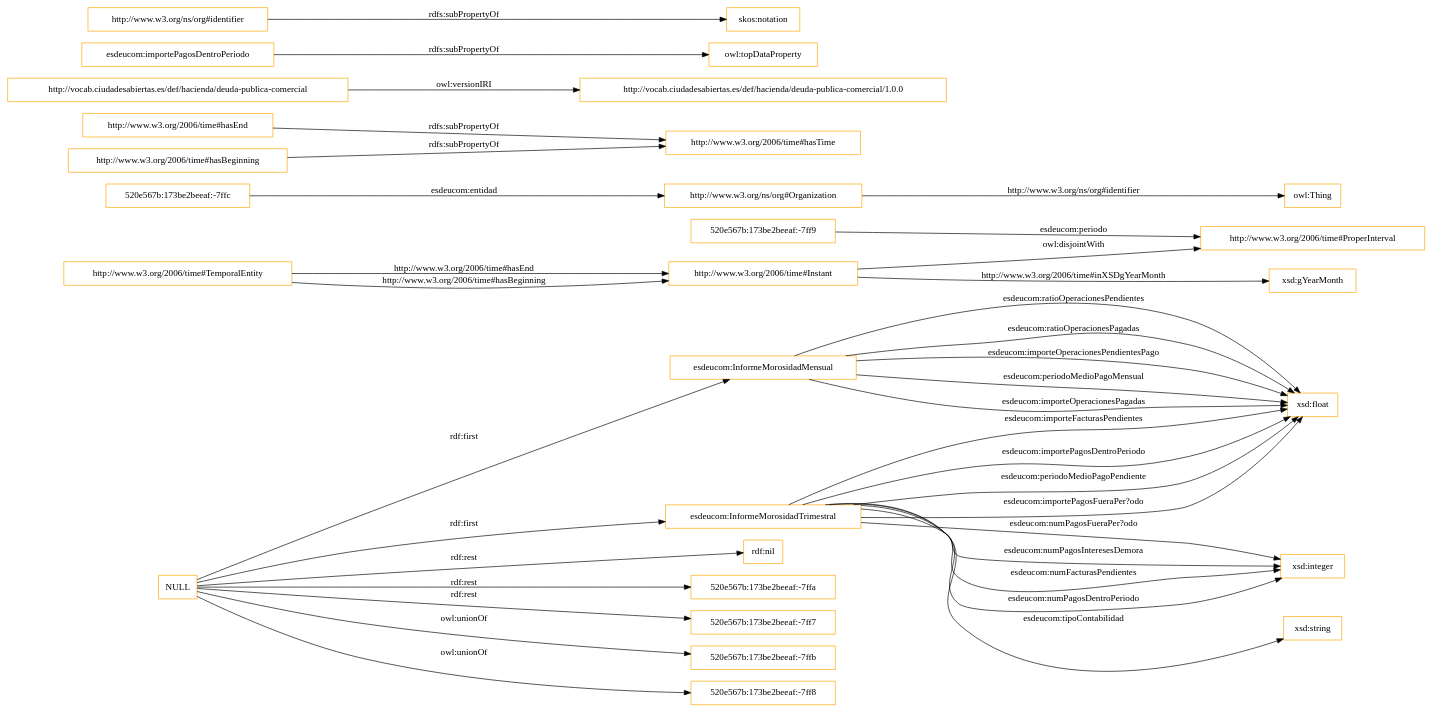
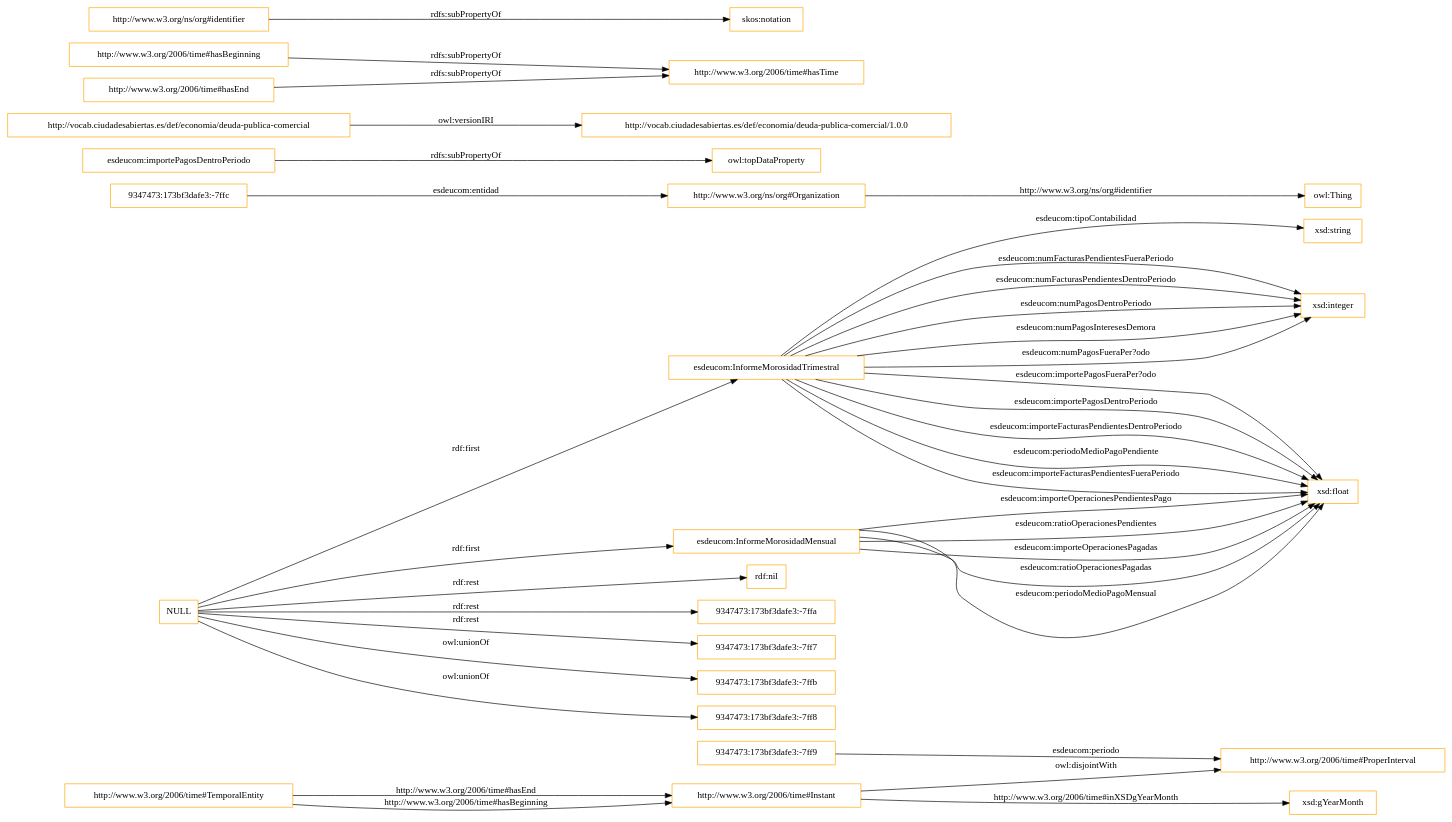
One commit to leticiarubalcabadg/vocab-economia-deuda-comercial changed the diagram in OnToology/ontology/deudaPublicaComercial.owl/diagrams/ar2dtool-class/deudaPublicaComercial.owl.png.dot. Above: the diagram before and after it, drawn with Graphviz. The commit also changed 11 other files, not shown here.

```diff
--- a/OnToology/ontology/deudaPublicaComercial.owl/diagrams/ar2dtool-class/deudaPublicaComercial.owl.png.dot
+++ b/OnToology/ontology/deudaPublicaComercial.owl/diagrams/ar2dtool-class/deudaPublicaComercial.owl.png.dot
@@ -1,39 +1,41 @@
 digraph ar2dtool_diagram { 
 rankdir=LR;
 size="1501"
-node [shape = rectangle, color="orange"]; "esdeucom:InformeMorosidadMensual" "esdeucom:InformeMorosidadTrimestral" "520e567b:173be2beeaf:-7ff9" "http://www.w3.org/2006/time#ProperInterval" "520e567b:173be2beeaf:-7ffc" "http://www.w3.org/2006/time#TemporalEntity" "http://www.w3.org/ns/org#Organization" "http://www.w3.org/2006/time#Instant" ; /*classes style*/
-	"http://www.w3.org/2006/time#hasEnd" -> "http://www.w3.org/2006/time#hasTime" [ label = "rdfs:subPropertyOf" ];
-	"http://vocab.ciudadesabiertas.es/def/hacienda/deuda-publica-comercial" -> "http://vocab.ciudadesabiertas.es/def/hacienda/deuda-publica-comercial/1.0.0" [ label = "owl:versionIRI" ];
+node [shape = rectangle, color="orange"]; "9347473:173bf3dafe3:-7ff9" "esdeucom:InformeMorosidadTrimestral" "http://www.w3.org/2006/time#ProperInterval" "9347473:173bf3dafe3:-7ffc" "http://www.w3.org/2006/time#TemporalEntity" "esdeucom:InformeMorosidadMensual" "http://www.w3.org/ns/org#Organization" "http://www.w3.org/2006/time#Instant" ; /*classes style*/
+	"NULL" -> "rdf:nil" [ label = "rdf:rest" ];
+	"NULL" -> "esdeucom:InformeMorosidadTrimestral" [ label = "rdf:first" ];
+	"NULL" -> "9347473:173bf3dafe3:-7ffa" [ label = "rdf:rest" ];
+	"NULL" -> "9347473:173bf3dafe3:-7ff7" [ label = "rdf:rest" ];
+	"NULL" -> "esdeucom:InformeMorosidadMensual" [ label = "rdf:first" ];
+	"NULL" -> "9347473:173bf3dafe3:-7ffb" [ label = "owl:unionOf" ];
+	"NULL" -> "9347473:173bf3dafe3:-7ff8" [ label = "owl:unionOf" ];
+	"esdeucom:importePagosDentroPeriodo" -> "owl:topDataProperty" [ label = "rdfs:subPropertyOf" ];
+	"http://vocab.ciudadesabiertas.es/def/economia/deuda-publica-comercial" -> "http://vocab.ciudadesabiertas.es/def/economia/deuda-publica-comercial/1.0.0" [ label = "owl:versionIRI" ];
 	"http://www.w3.org/2006/time#Instant" -> "http://www.w3.org/2006/time#ProperInterval" [ label = "owl:disjointWith" ];
-	"esdeucom:importePagosDentroPeriodo" -> "owl:topDataProperty" [ label = "rdfs:subPropertyOf" ];
 	"http://www.w3.org/2006/time#hasBeginning" -> "http://www.w3.org/2006/time#hasTime" [ label = "rdfs:subPropertyOf" ];
 	"http://www.w3.org/ns/org#identifier" -> "skos:notation" [ label = "rdfs:subPropertyOf" ];
-	"NULL" -> "rdf:nil" [ label = "rdf:rest" ];
-	"NULL" -> "esdeucom:InformeMorosidadTrimestral" [ label = "rdf:first" ];
-	"NULL" -> "520e567b:173be2beeaf:-7ffa" [ label = "rdf:rest" ];
-	"NULL" -> "520e567b:173be2beeaf:-7ff7" [ label = "rdf:rest" ];
-	"NULL" -> "esdeucom:InformeMorosidadMensual" [ label = "rdf:first" ];
-	"NULL" -> "520e567b:173be2beeaf:-7ffb" [ label = "owl:unionOf" ];
-	"NULL" -> "520e567b:173be2beeaf:-7ff8" [ label = "owl:unionOf" ];
+	"http://www.w3.org/2006/time#hasEnd" -> "http://www.w3.org/2006/time#hasTime" [ label = "rdfs:subPropertyOf" ];
+	"esdeucom:InformeMorosidadTrimestral" -> "xsd:integer" [ label = "esdeucom:numFacturasPendientesFueraPeriodo" ];
+	"http://www.w3.org/2006/time#TemporalEntity" -> "http://www.w3.org/2006/time#Instant" [ label = "http://www.w3.org/2006/time#hasEnd" ];
 	"esdeucom:InformeMorosidadMensual" -> "xsd:float" [ label = "esdeucom:ratioOperacionesPendientes" ];
+	"esdeucom:InformeMorosidadMensual" -> "xsd:float" [ label = "esdeucom:importeOperacionesPagadas" ];
+	"esdeucom:InformeMorosidadTrimestral" -> "xsd:integer" [ label = "esdeucom:numFacturasPendientesDentroPeriodo" ];
+	"esdeucom:InformeMorosidadTrimestral" -> "xsd:integer" [ label = "esdeucom:numPagosDentroPeriodo" ];
+	"esdeucom:InformeMorosidadTrimestral" -> "xsd:float" [ label = "esdeucom:importeFacturasPendientesFueraPeriodo" ];
+	"esdeucom:InformeMorosidadMensual" -> "xsd:float" [ label = "esdeucom:ratioOperacionesPagadas" ];
+	"esdeucom:InformeMorosidadMensual" -> "xsd:float" [ label = "esdeucom:periodoMedioPagoMensual" ];
+	"9347473:173bf3dafe3:-7ffc" -> "http://www.w3.org/ns/org#Organization" [ label = "esdeucom:entidad" ];
+	"http://www.w3.org/2006/time#TemporalEntity" -> "http://www.w3.org/2006/time#Instant" [ label = "http://www.w3.org/2006/time#hasBeginning" ];
+	"9347473:173bf3dafe3:-7ff9" -> "http://www.w3.org/2006/time#ProperInterval" [ label = "esdeucom:periodo" ];
+	"esdeucom:InformeMorosidadTrimestral" -> "xsd:string" [ label = "esdeucom:tipoContabilidad" ];
+	"http://www.w3.org/ns/org#Organization" -> "owl:Thing" [ label = "http://www.w3.org/ns/org#identifier" ];
+	"esdeucom:InformeMorosidadTrimestral" -> "xsd:integer" [ label = "esdeucom:numPagosInteresesDemora" ];
+	"http://www.w3.org/2006/time#Instant" -> "xsd:gYearMonth" [ label = "http://www.w3.org/2006/time#inXSDgYearMonth" ];
+	"esdeucom:InformeMorosidadMensual" -> "xsd:float" [ label = "esdeucom:importeOperacionesPendientesPago" ];
 	"esdeucom:InformeMorosidadTrimestral" -> "xsd:integer" [ label = "esdeucom:numPagosFueraPer?odo" ];
-	"http://www.w3.org/2006/time#TemporalEntity" -> "http://www.w3.org/2006/time#Instant" [ label = "http://www.w3.org/2006/time#hasEnd" ];
-	"esdeucom:InformeMorosidadTrimestral" -> "xsd:float" [ label = "esdeucom:importeFacturasPendientes" ];
-	"esdeucom:InformeMorosidadTrimestral" -> "xsd:string" [ label = "esdeucom:tipoContabilidad" ];
-	"esdeucom:InformeMorosidadTrimestral" -> "xsd:integer" [ label = "esdeucom:numPagosInteresesDemora" ];
-	"esdeucom:InformeMorosidadTrimestral" -> "xsd:integer" [ label = "esdeucom:numFacturasPendientes" ];
-	"esdeucom:InformeMorosidadMensual" -> "xsd:float" [ label = "esdeucom:ratioOperacionesPagadas" ];
+	"esdeucom:InformeMorosidadTrimestral" -> "xsd:float" [ label = "esdeucom:importePagosFueraPer?odo" ];
 	"esdeucom:InformeMorosidadTrimestral" -> "xsd:float" [ label = "esdeucom:importePagosDentroPeriodo" ];
-	"http://www.w3.org/2006/time#TemporalEntity" -> "http://www.w3.org/2006/time#Instant" [ label = "http://www.w3.org/2006/time#hasBeginning" ];
+	"esdeucom:InformeMorosidadTrimestral" -> "xsd:float" [ label = "esdeucom:importeFacturasPendientesDentroPeriodo" ];
 	"esdeucom:InformeMorosidadTrimestral" -> "xsd:float" [ label = "esdeucom:periodoMedioPagoPendiente" ];
-	"520e567b:173be2beeaf:-7ffc" -> "http://www.w3.org/ns/org#Organization" [ label = "esdeucom:entidad" ];
-	"esdeucom:InformeMorosidadMensual" -> "xsd:float" [ label = "esdeucom:importeOperacionesPendientesPago" ];
-	"520e567b:173be2beeaf:-7ff9" -> "http://www.w3.org/2006/time#ProperInterval" [ label = "esdeucom:periodo" ];
-	"http://www.w3.org/ns/org#Organization" -> "owl:Thing" [ label = "http://www.w3.org/ns/org#identifier" ];
-	"esdeucom:InformeMorosidadTrimestral" -> "xsd:float" [ label = "esdeucom:importePagosFueraPer?odo" ];
-	"esdeucom:InformeMorosidadMensual" -> "xsd:float" [ label = "esdeucom:periodoMedioPagoMensual" ];
-	"http://www.w3.org/2006/time#Instant" -> "xsd:gYearMonth" [ label = "http://www.w3.org/2006/time#inXSDgYearMonth" ];
-	"esdeucom:InformeMorosidadTrimestral" -> "xsd:integer" [ label = "esdeucom:numPagosDentroPeriodo" ];
-	"esdeucom:InformeMorosidadMensual" -> "xsd:float" [ label = "esdeucom:importeOperacionesPagadas" ];
 
 }
```
